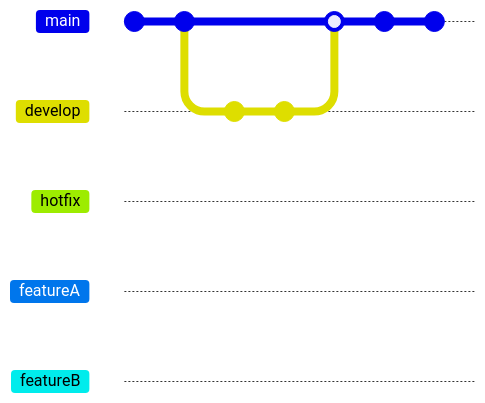
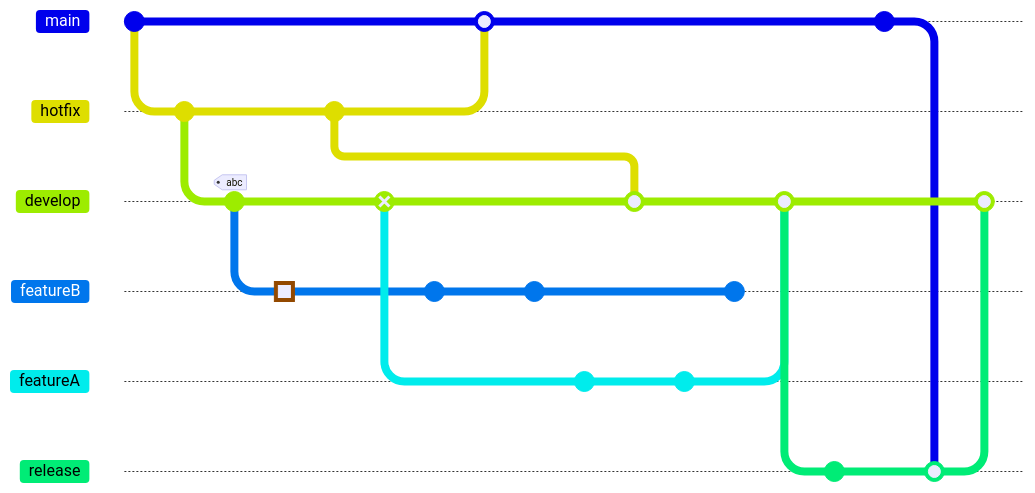
One commit to Thiti-T/slidedeveloper changed the diagram in pages/git-flow/git-flow-diagram.md. Above: the diagram before and after it, drawn with Mermaid. The commit also changed other lines of this file and 6 other files, not shown here. Commit ids are hidden.

Commit message:
feat(md): add git flow

````diff
--- a/pages/git-flow/git-flow-diagram.md
+++ b/pages/git-flow/git-flow-diagram.md
@@ -5,18 +5,46 @@
-```mermaid {scale: 0.5}
+```mermaid {scale: 0.1}
 %%{init: { 'logLevel': 'debug', 'theme': 'default' } }%%
       gitGraph
         commit
+        branch hotfix
+        checkout hotfix
         commit
         branch develop
         checkout develop
-        commit
+        commit id:"ash" tag:"abc"
+        branch featureB
+        checkout featureB
+        commit type:HIGHLIGHT
+        checkout main
+        checkout hotfix
+        commit type:NORMAL
+        checkout develop
+        commit type:REVERSE
+        checkout featureB
         commit
         checkout main
-        merge develop
+        merge hotfix
+        checkout featureB
         commit
+        checkout develop
+        branch featureA
         commit
-        branch hotfix
-        branch featureA
-        branch featureB
+        checkout develop
+        merge hotfix
+        checkout featureA
+        commit
+        checkout featureB
+        commit
+        checkout develop
+        merge featureA
+        branch release
+        checkout release
+        commit
+        checkout main
+        commit
+        checkout release
+        merge main
+        checkout develop
+        merge release
 
 ```
````
